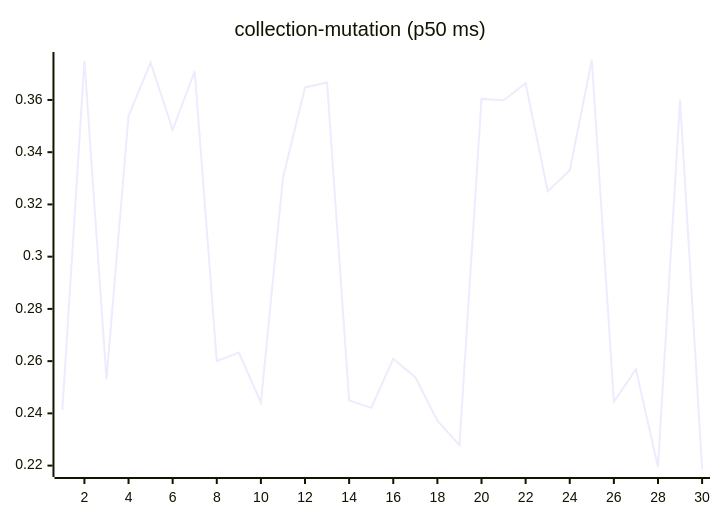
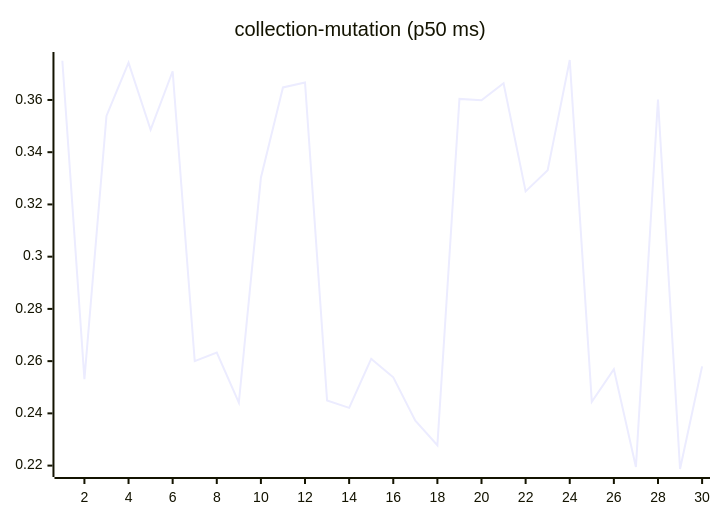
Before and after one commit to josha/Facet: the sixth of 27 diagrams in README.md, drawn with Mermaid. The commit also changed other lines of this file and 2 other files, not shown here.

````diff
--- a/README.md
+++ b/README.md
@@ -98,6 +98,6 @@
 ```mermaid
 xychart-beta
     title "collection-mutation (p50 ms)"
     x-axis 1 --> 30
-    line [0.2413, 0.3750, 0.2531, 0.3539, 0.3743, 0.3486, 0.3710, 0.2600, 0.2633, 0.2441, 0.3302, 0.3648, 0.3667, 0.2449, 0.2421, 0.2609, 0.2538, 0.2372, 0.2278, 0.3604, 0.3599, 0.3664, 0.3250, 0.3331, 0.3753, 0.2444, 0.2569, 0.2195, 0.3602, 0.2187]
+    line [0.3750, 0.2531, 0.3539, 0.3743, 0.3486, 0.3710, 0.2600, 0.2633, 0.2441, 0.3302, 0.3648, 0.3667, 0.2449, 0.2421, 0.2609, 0.2538, 0.2372, 0.2278, 0.3604, 0.3599, 0.3664, 0.3250, 0.3331, 0.3753, 0.2444, 0.2569, 0.2195, 0.3602, 0.2187, 0.2580]
 ```
````
